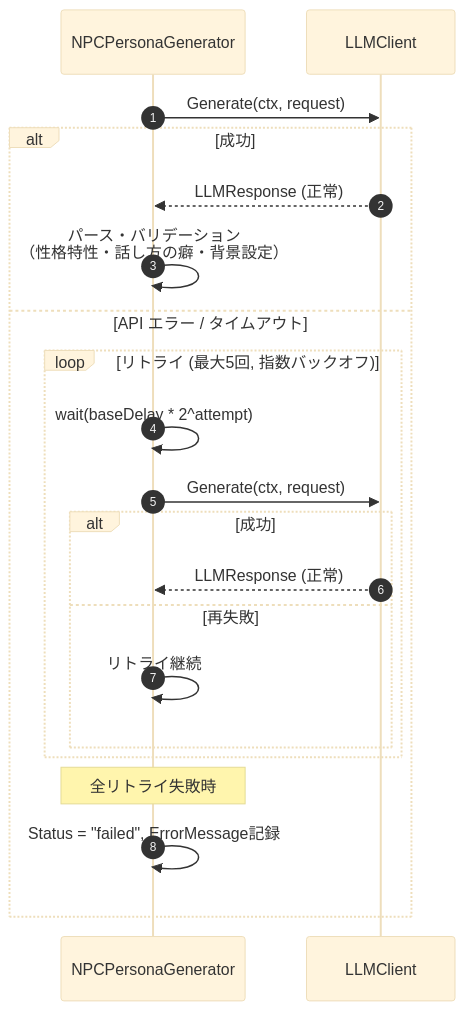
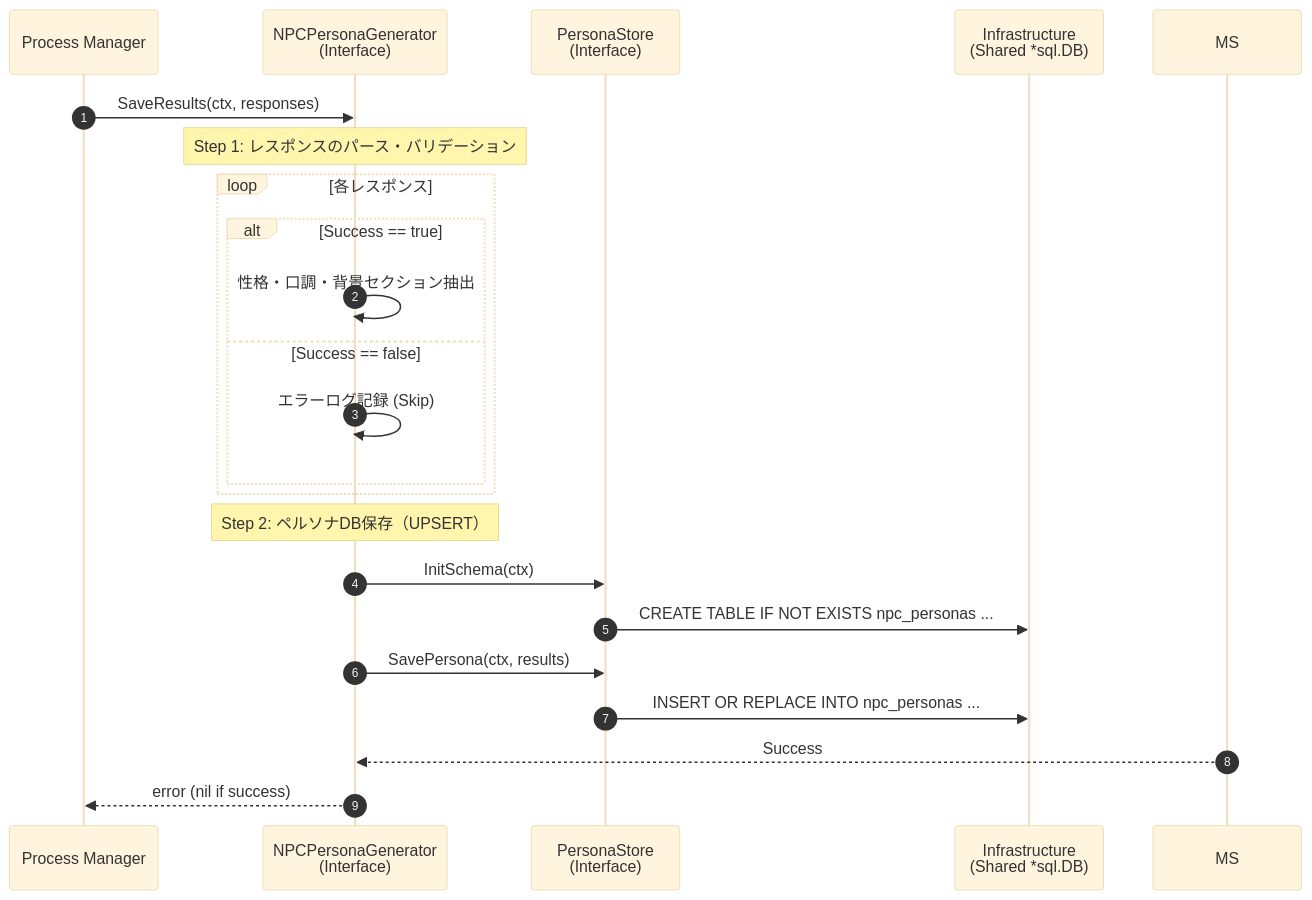
The second of 3 diagrams in specs/PersonaGenSlice/npc_persona_generator_sequence_diagram.md (ishibata91/ai-translation-engine-2), drawn with Mermaid (base theme) before and after one commit. The commit also changed other lines of this file and 5 other files, not shown here.

````diff
--- a/specs/PersonaGenSlice/npc_persona_generator_sequence_diagram.md
+++ b/specs/PersonaGenSlice/npc_persona_generator_sequence_diagram.md
@@ -171,25 +44,28 @@
 ```mermaid
 sequenceDiagram
     autonumber
-    participant PG as NPCPersonaGenerator
-    participant LLM as LLMClient
+    participant PM as Process Manager
+    participant PG as NPCPersonaGenerator<br/>(Interface)
+    participant PS as PersonaStore<br/>(Interface)
+    participant DB as Infrastructure<br/>(Shared *sql.DB)
 
-    PG->>LLM: Generate(ctx, request)
+    PM->>PG: SaveResults(ctx, responses)
 
-    alt 成功
-        LLM-->>PG: LLMResponse (正常)
-        PG->>PG: パース・バリデーション<br/>（性格特性・話し方の癖・背景設定）
-    else API エラー / タイムアウト
-        loop リトライ (最大5回, 指数バックオフ)
-            PG->>PG: wait(baseDelay * 2^attempt)
-            PG->>LLM: Generate(ctx, request)
-            alt 成功
-                LLM-->>PG: LLMResponse (正常)
-            else 再失敗
-                PG->>PG: リトライ継続
-            end
+    Note over PG: Step 1: レスポンスのパース・バリデーション
+    loop 各レスポンス
+        alt Success == true
+            PG->>PG: 性格・口調・背景セクション抽出
+        else Success == false
+            PG->>PG: エラーログ記録 (Skip)
         end
-        Note over PG: 全リトライ失敗時
-        PG->>PG: Status = "failed", ErrorMessage記録
     end
+
+    Note over PG: Step 2: ペルソナDB保存（UPSERT）
+    PG->>PS: InitSchema(ctx)
+    PS->>DB: CREATE TABLE IF NOT EXISTS npc_personas ...
+    PG->>PS: SavePersona(ctx, results)
+    PS->>DB: INSERT OR REPLACE INTO npc_personas ...
+    MS-->>PG: Success
+
+    PG-->>PM: error (nil if success)
 ```
````
